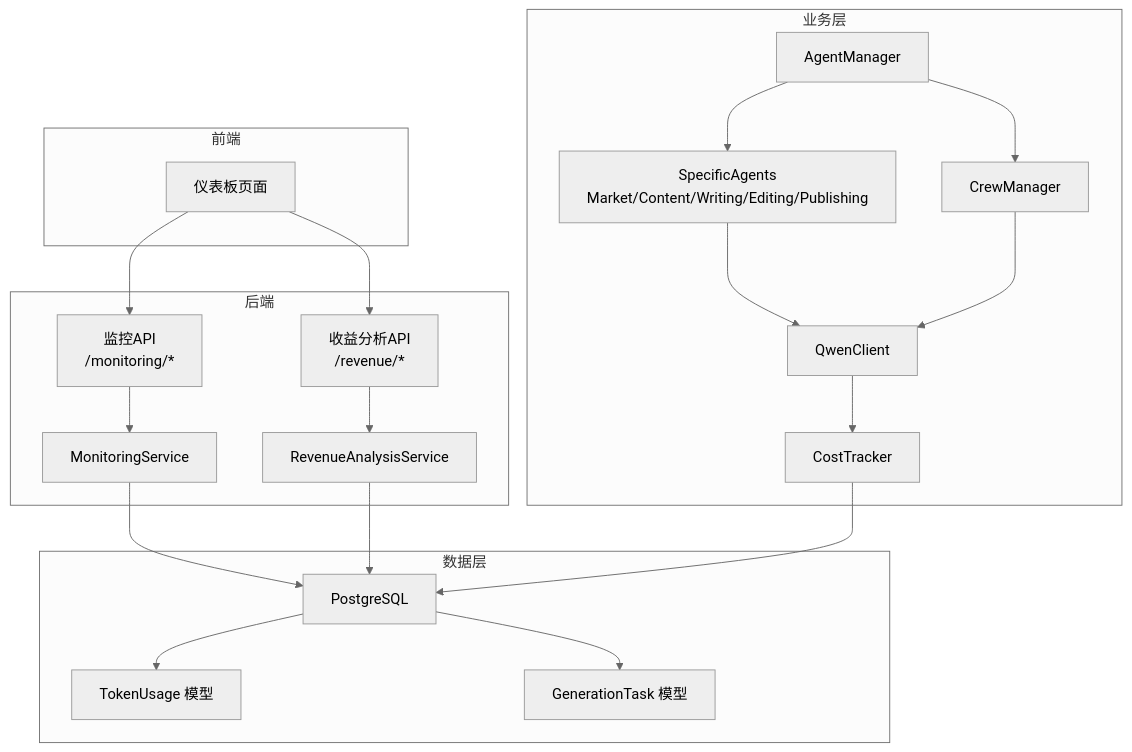
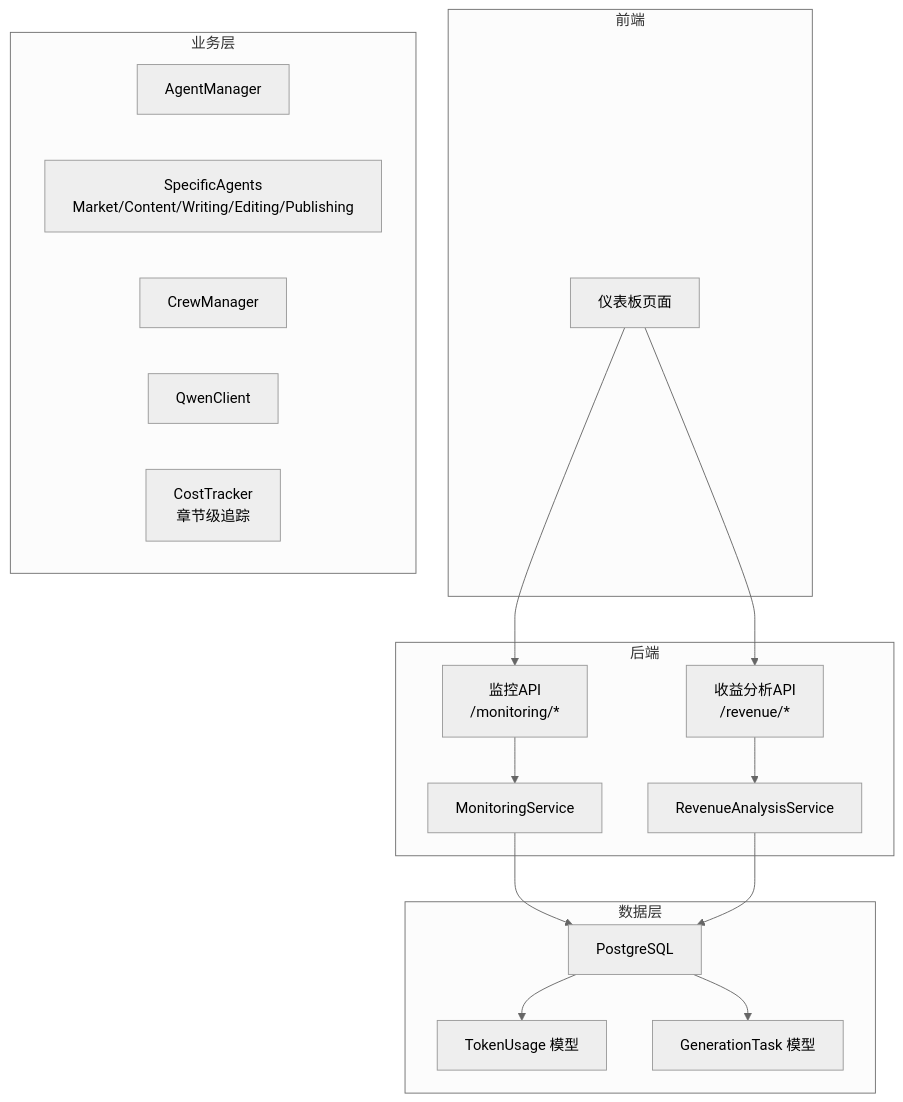
The first of 7 diagrams in .qoder/repowiki/zh/content/LLM集成架构/成本追踪系统.md (xfbyxq/ai-novel-system), drawn with Mermaid (neutral theme) before and after one commit. The commit also changed other lines of this file and 17 other files, not shown here.

````diff
--- a/.qoder/repowiki/zh/content/LLM集成架构/成本追踪系统.md
+++ b/.qoder/repowiki/zh/content/LLM集成架构/成本追踪系统.md
@@ -49,38 +63,32 @@
 ```mermaid
 graph TB
 subgraph "前端"
 FE_Dashboard["仪表板页面"]
 end
 subgraph "后端"
 API_Monitor["监控API<br/>/monitoring/*"]
 API_Revenue["收益分析API<br/>/revenue/*"]
 Svc_Monitor["MonitoringService"]
 Svc_Revenue["RevenueAnalysisService"]
 end
 subgraph "业务层"
 AgentMgr["AgentManager"]
 Agents["SpecificAgents<br/>Market/Content/Writing/Editing/Publishing"]
 CrewMgr["CrewManager"]
 Qwen["QwenClient"]
-Tracker["CostTracker"]
+Tracker["CostTracker<br/>章节级追踪"]
 end
 subgraph "数据层"
 DB["PostgreSQL"]
 Model_TU["TokenUsage 模型"]
 Model_GT["GenerationTask 模型"]
 end
 FE_Dashboard --> API_Monitor
 FE_Dashboard --> API_Revenue
 API_Monitor --> Svc_Monitor
 API_Revenue --> Svc_Revenue
 Svc_Monitor --> DB
 Svc_Revenue --> DB
-AgentMgr --> Agents
-AgentMgr --> CrewMgr
-Agents --> Qwen
-CrewMgr --> Qwen
-Qwen --> Tracker
-Tracker --> DB
 DB --> Model_TU
 DB --> Model_GT
 ```
````
